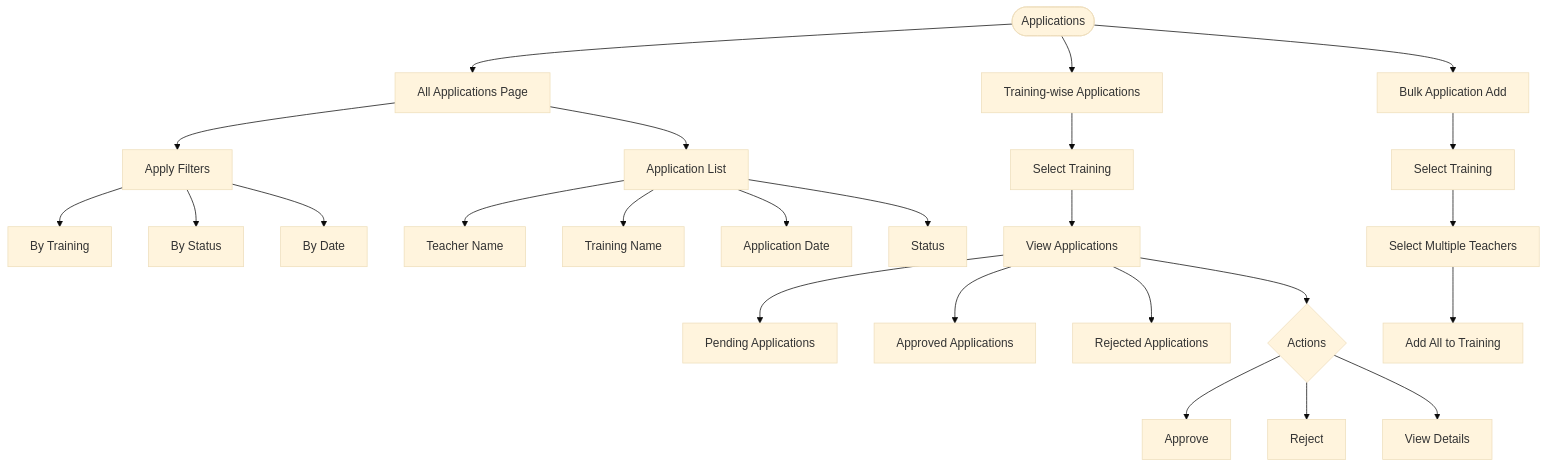
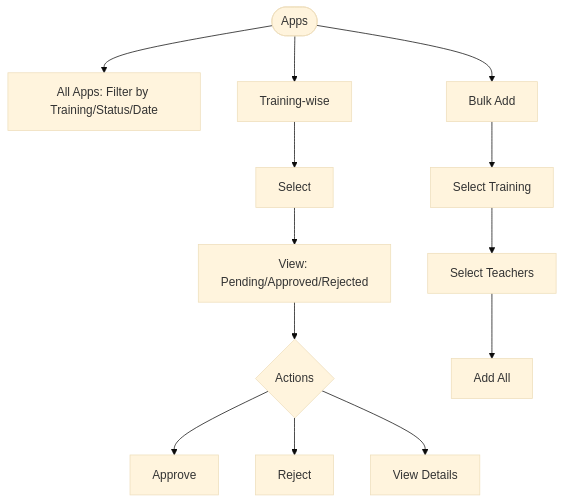
The eighth of 49 diagrams in TRAINING_CALENDAR_FLOW_DIAGRAMS.md (gunjangupta-gh/placeintern), drawn with Mermaid (base theme) before and after one commit. The commit also changed other lines of this file and 6 other files, not shown here.

````diff
--- a/TRAINING_CALENDAR_FLOW_DIAGRAMS.md
+++ b/TRAINING_CALENDAR_FLOW_DIAGRAMS.md
@@ -326,33 +150,10 @@
 ```mermaid
 flowchart TD
-    APPS([Applications]) --> ALL_APPS[All Applications Page]
-    APPS --> TRAINING_APPS[Training-wise Applications]
-
-    ALL_APPS --> FILTERS[Apply Filters]
-    FILTERS --> BY_TRAINING[By Training]
-    FILTERS --> BY_STATUS[By Status]
-    FILTERS --> BY_DATE[By Date]
-
-    ALL_APPS --> LIST[Application List]
-    LIST --> TEACHER_NAME[Teacher Name]
-    LIST --> TRAINING_NAME[Training Name]
-    LIST --> APP_DATE[Application Date]
-    LIST --> STATUS[Status]
-
-    TRAINING_APPS --> SELECT[Select Training]
-    SELECT --> VIEW_APPS[View Applications]
-
-    VIEW_APPS --> PENDING[Pending Applications]
-    VIEW_APPS --> APPROVED[Approved Applications]
-    VIEW_APPS --> REJECTED[Rejected Applications]
-
-    VIEW_APPS --> ACTIONS{Actions}
-    ACTIONS --> APPROVE[Approve]
-    ACTIONS --> REJECT[Reject]
-    ACTIONS --> VIEW_DET[View Details]
-
-    APPS --> BULK[Bulk Application Add]
-    BULK --> SELECT_TRAINING[Select Training]
-    SELECT_TRAINING --> SELECT_TEACHERS[Select Multiple Teachers]
-    SELECT_TEACHERS --> ADD_ALL[Add All to Training]
+    A([Apps])-->B[All Apps: Filter by Training/Status/Date]
+    A-->C[Training-wise]-->D[Select]-->E[View: Pending/Approved/Rejected]
+    E-->F{Actions}
+    F-->G[Approve]
+    F-->H[Reject]
+    F-->I[View Details]
+    A-->J[Bulk Add]-->K[Select Training]-->L[Select Teachers]-->M[Add All]
 ```
````
